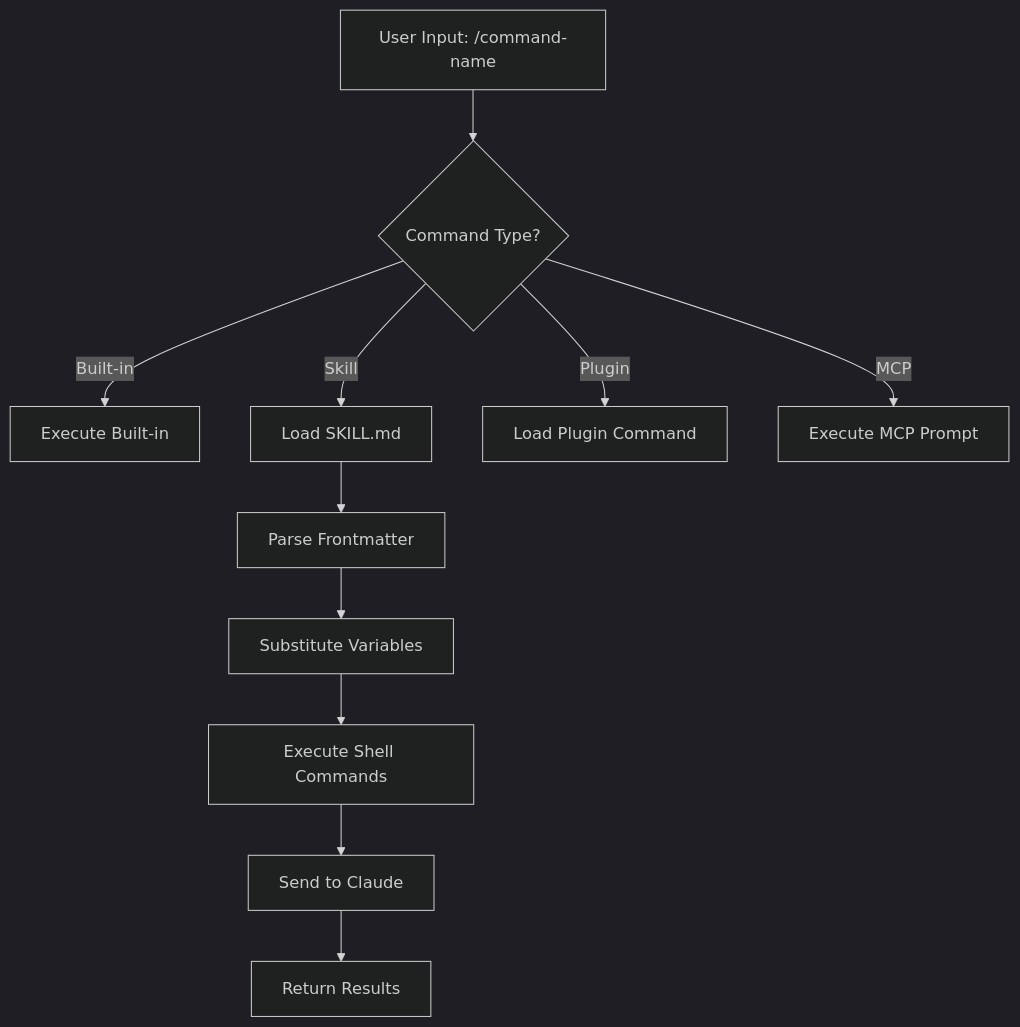
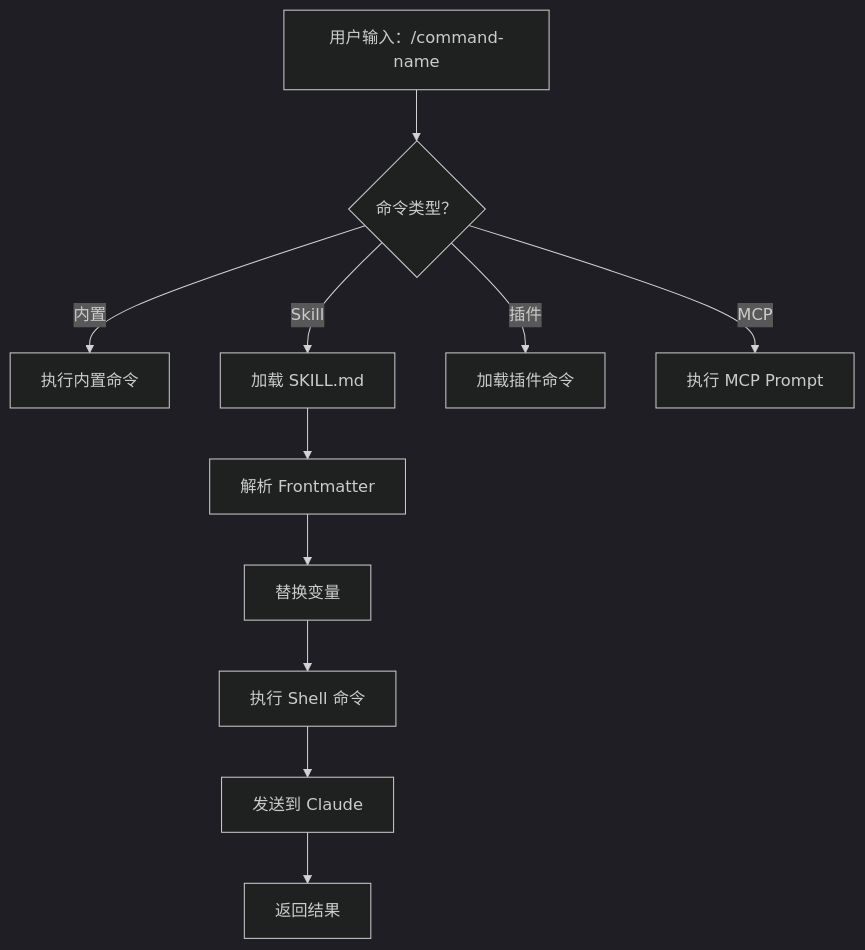
The first of 3 diagrams in 01-slash-commands/README.md (hellojoju/claude-code-lesson), drawn with Mermaid (dark theme) before and after one commit. The commit also changed other lines of this file and 9 other files, not shown here.

````diff
--- a/01-slash-commands/README.md
+++ b/01-slash-commands/README.md
@@ -308,14 +308,14 @@
 ```mermaid
 graph TD
-    A["User Input: /command-name"] --> B{"Command Type?"}
-    B -->|Built-in| C["Execute Built-in"]
-    B -->|Skill| D["Load SKILL.md"]
-    B -->|Plugin| E["Load Plugin Command"]
-    B -->|MCP| F["Execute MCP Prompt"]
+    A["用户输入：/command-name"] --> B{"命令类型？"}
+    B -->|内置| C["执行内置命令"]
+    B -->|Skill| D["加载 SKILL.md"]
+    B -->|插件| E["加载插件命令"]
+    B -->|MCP| F["执行 MCP Prompt"]
 
-    D --> G["Parse Frontmatter"]
-    G --> H["Substitute Variables"]
-    H --> I["Execute Shell Commands"]
-    I --> J["Send to Claude"]
-    J --> K["Return Results"]
+    D --> G["解析 Frontmatter"]
+    G --> H["替换变量"]
+    H --> I["执行 Shell 命令"]
+    I --> J["发送到 Claude"]
+    J --> K["返回结果"]
 ```
````
